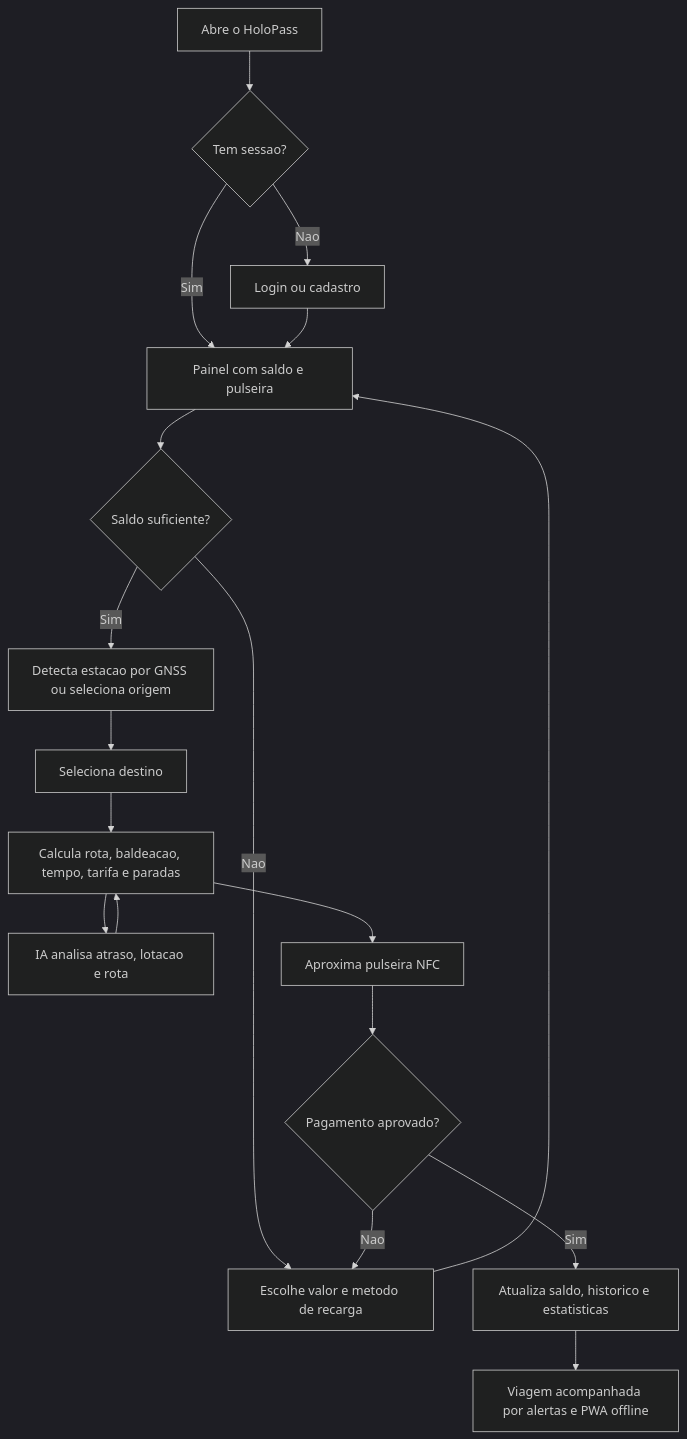
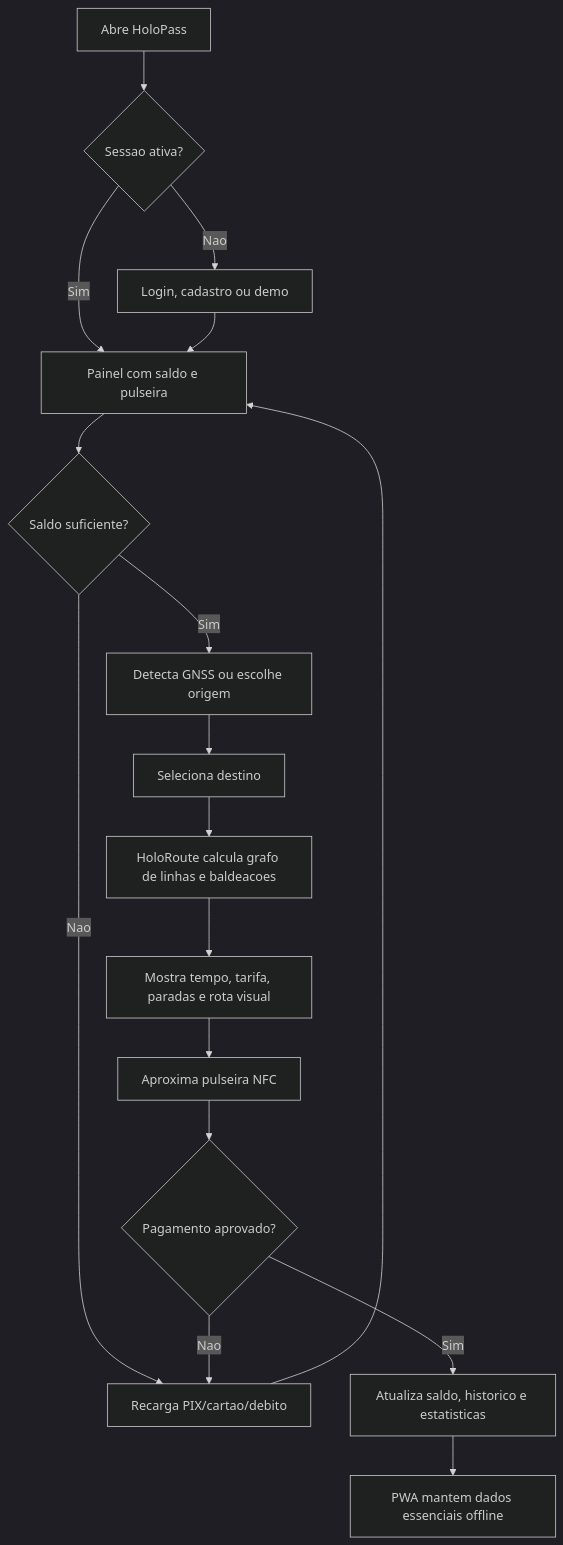
Before and after one commit to thiagoxzw/GS2026ESPG: the diagram in software-total-experience/HoloPass_Software_TX.md, drawn with Mermaid (dark theme). The commit also changed other lines of this file and 8 other files, not shown here.

````diff
--- a/software-total-experience/HoloPass_Software_TX.md
+++ b/software-total-experience/HoloPass_Software_TX.md
@@ -31,20 +108,19 @@
 ```mermaid
 flowchart TD
-  A["Abre o HoloPass"] --> B{"Tem sessao?"}
-  B -- "Nao" --> C["Login ou cadastro"]
+  A["Abre HoloPass"] --> B{"Sessao ativa?"}
+  B -- "Nao" --> C["Login, cadastro ou demo"]
   B -- "Sim" --> D["Painel com saldo e pulseira"]
   C --> D
   D --> E{"Saldo suficiente?"}
-  E -- "Nao" --> F["Escolhe valor e metodo de recarga"]
+  E -- "Nao" --> F["Recarga PIX/cartao/debito"]
   F --> D
-  E -- "Sim" --> G["Detecta estacao por GNSS ou seleciona origem"]
+  E -- "Sim" --> G["Detecta GNSS ou escolhe origem"]
   G --> H["Seleciona destino"]
-  H --> I["Calcula rota, baldeacao, tempo, tarifa e paradas"]
-  I --> J["IA analisa atraso, lotacao e rota"]
-  I --> K["Aproxima pulseira NFC"]
+  H --> I["HoloRoute calcula grafo de linhas e baldeacoes"]
+  I --> J["Mostra tempo, tarifa, paradas e rota visual"]
+  J --> K["Aproxima pulseira NFC"]
   K --> L{"Pagamento aprovado?"}
   L -- "Sim" --> M["Atualiza saldo, historico e estatisticas"]
   L -- "Nao" --> F
-  J --> I
-  M --> N["Viagem acompanhada por alertas e PWA offline"]
+  M --> N["PWA mantem dados essenciais offline"]
 ```
````
